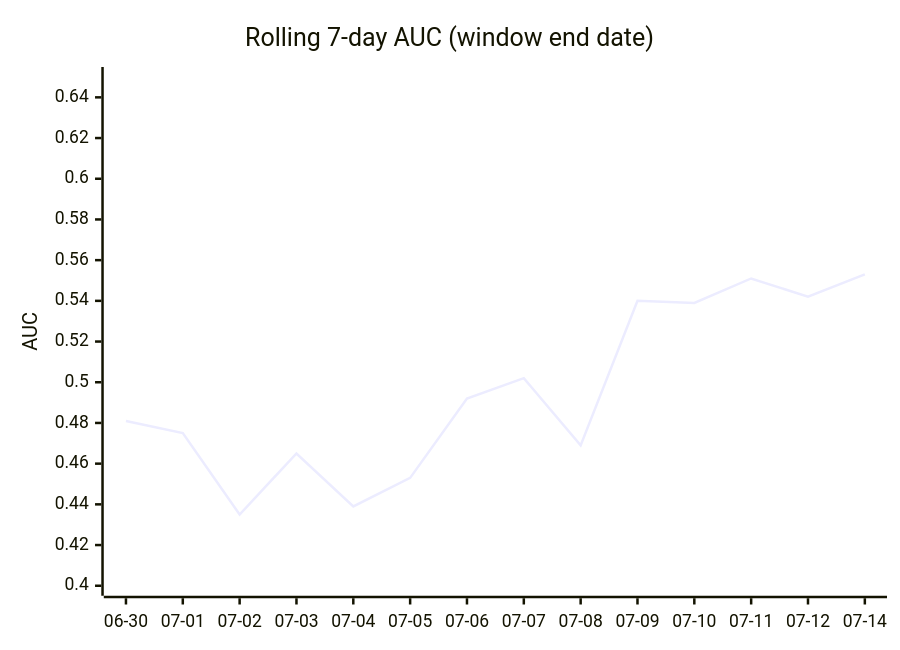
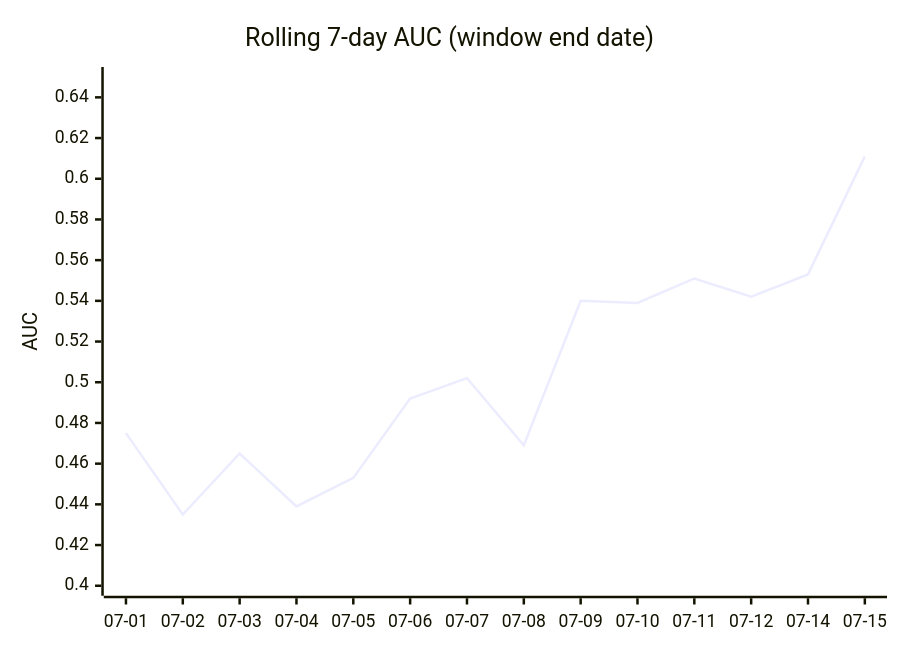
Before and after one commit to dpk1212/nhl-savant: the fourth of 5 diagrams in DAILY_AGSU_REPORT.md, drawn with Mermaid. The commit also changed other lines of this file, not shown here.

````diff
--- a/DAILY_AGSU_REPORT.md
+++ b/DAILY_AGSU_REPORT.md
@@ -661,7 +662,7 @@
 ```mermaid
 xychart-beta
     title "Rolling 7-day AUC (window end date)"
-    x-axis ["06-30", "07-01", "07-02", "07-03", "07-04", "07-05", "07-06", "07-07", "07-08", "07-09", "07-10", "07-11", "07-12", "07-14"]
+    x-axis ["07-01", "07-02", "07-03", "07-04", "07-05", "07-06", "07-07", "07-08", "07-09", "07-10", "07-11", "07-12", "07-14", "07-15"]
     y-axis "AUC" 0.4 --> 0.65
-    line [0.481, 0.475, 0.435, 0.465, 0.439, 0.453, 0.492, 0.502, 0.469, 0.54, 0.539, 0.551, 0.542, 0.553]
+    line [0.475, 0.435, 0.465, 0.439, 0.453, 0.492, 0.502, 0.469, 0.54, 0.539, 0.551, 0.542, 0.553, 0.611]
 ```
````
